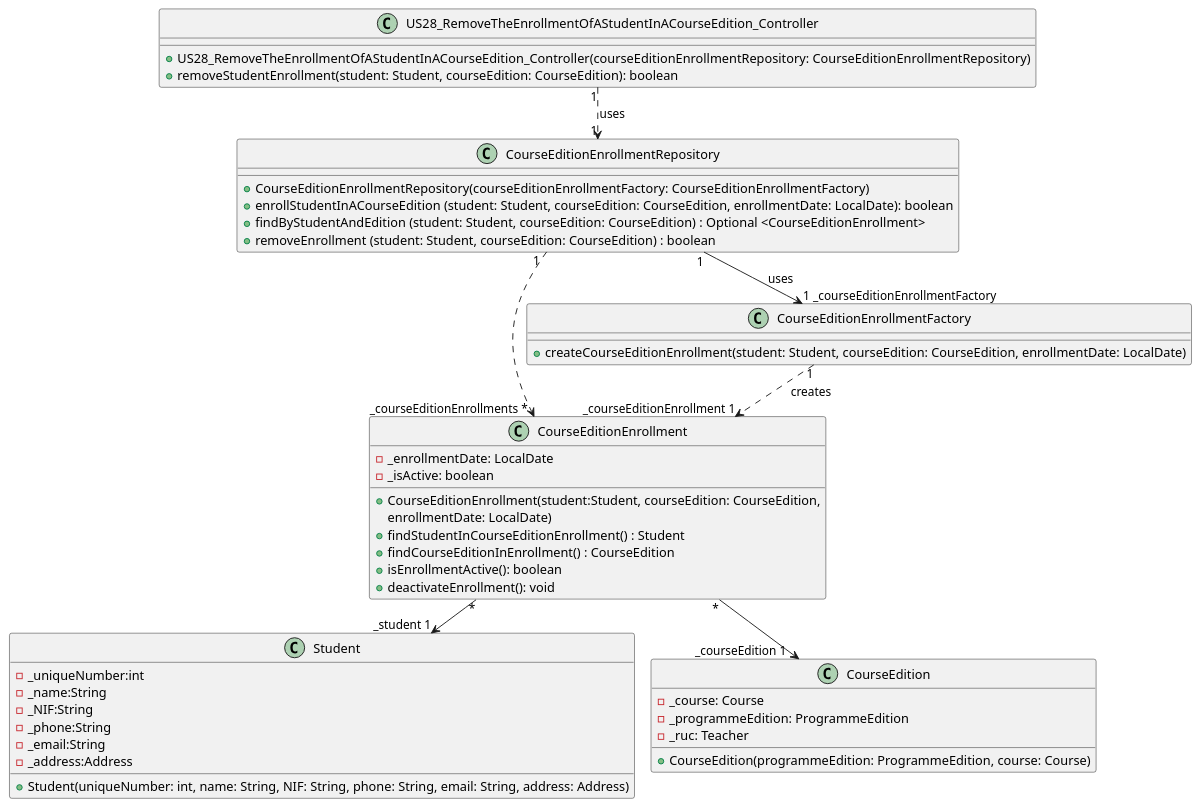
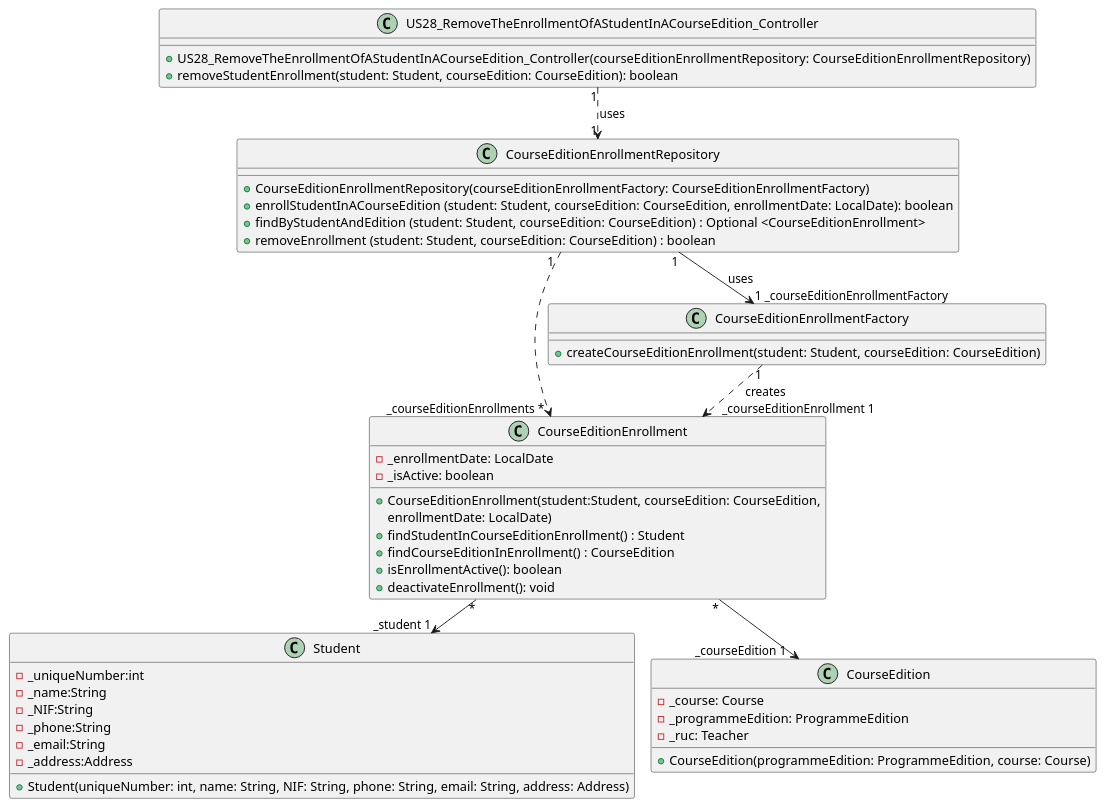
Before and after one commit to GasparISEP/DevOps-PAI: the diagram in docs/US28/US28_RemoveTheEnrollmentOfAStudentInACourseEdition_ClassDiagram.puml, drawn with PlantUML.

Commit message:
Refactor US28_ClassDiagram - Remove unused enrollmentDate parameter in CourseEditionEnrollmentFactory

```diff
--- a/docs/US28/US28_RemoveTheEnrollmentOfAStudentInACourseEdition_ClassDiagram.puml
+++ b/docs/US28/US28_RemoveTheEnrollmentOfAStudentInACourseEdition_ClassDiagram.puml
@@ -1,54 +1,54 @@
 @startuml
 !pragma layout smetana
 
 class US28_RemoveTheEnrollmentOfAStudentInACourseEdition_Controller {
     +US28_RemoveTheEnrollmentOfAStudentInACourseEdition_Controller(courseEditionEnrollmentRepository: CourseEditionEnrollmentRepository)
     +removeStudentEnrollment(student: Student, courseEdition: CourseEdition): boolean
 }
 
 class CourseEditionEnrollment {
     -_enrollmentDate: LocalDate
     -_isActive: boolean
     +CourseEditionEnrollment(student:Student, courseEdition: CourseEdition,
      enrollmentDate: LocalDate)
     +findStudentInCourseEditionEnrollment() : Student
     +findCourseEditionInEnrollment() : CourseEdition
     +isEnrollmentActive(): boolean
     +deactivateEnrollment(): void
 }
 
 class CourseEditionEnrollmentRepository {
     +CourseEditionEnrollmentRepository(courseEditionEnrollmentFactory: CourseEditionEnrollmentFactory)
     +enrollStudentInACourseEdition (student: Student, courseEdition: CourseEdition, enrollmentDate: LocalDate): boolean
     +findByStudentAndEdition (student: Student, courseEdition: CourseEdition) : Optional <CourseEditionEnrollment>
     +removeEnrollment (student: Student, courseEdition: CourseEdition) : boolean
 }
 
 class Student {
     -_uniqueNumber:int
     -_name:String
     -_NIF:String
     -_phone:String
     -_email:String
     -_address:Address
     +Student(uniqueNumber: int, name: String, NIF: String, phone: String, email: String, address: Address)
 }
 
 class CourseEdition {
     -_course: Course
     -_programmeEdition: ProgrammeEdition
     -_ruc: Teacher
     +CourseEdition(programmeEdition: ProgrammeEdition, course: Course)
 }
 
 class CourseEditionEnrollmentFactory {
-    +createCourseEditionEnrollment(student: Student, courseEdition: CourseEdition, enrollmentDate: LocalDate)
+    +createCourseEditionEnrollment(student: Student, courseEdition: CourseEdition)
 }
 
 CourseEditionEnrollment "*" --> "_student 1" Student
 CourseEditionEnrollment "*" --> "_courseEdition 1    " CourseEdition
 CourseEditionEnrollmentRepository"   1  " ..> "    _courseEditionEnrollments *  "CourseEditionEnrollment
 CourseEditionEnrollmentFactory "1" ..> "      _courseEditionEnrollment 1"CourseEditionEnrollment : creates
 CourseEditionEnrollmentRepository "1" --> "1 _courseEditionEnrollmentFactory      " CourseEditionEnrollmentFactory : uses
 US28_RemoveTheEnrollmentOfAStudentInACourseEdition_Controller "1" ..> "1" CourseEditionEnrollmentRepository : uses
 @enduml
```
